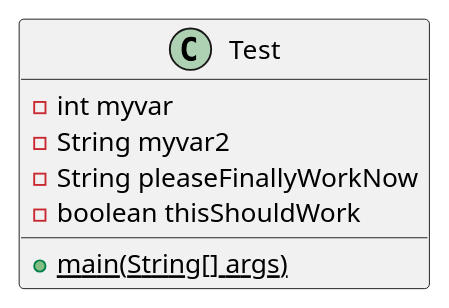
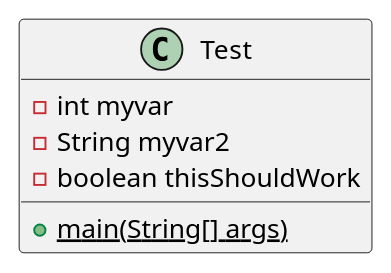
The diagram in docs/uml/test.puml (andrewdimmer/csi-3370-software-project-config-test), drawn with PlantUML before and after one commit.

```diff
--- a/docs/uml/test.puml
+++ b/docs/uml/test.puml
@@ -1,11 +1,10 @@
 @startuml test
 
 class Test {
     - int myvar
     - String myvar2
-    - String pleaseFinallyWorkNow
     - boolean thisShouldWork
     {static} + main(String[] args)
 }
 
 @enduml
```
